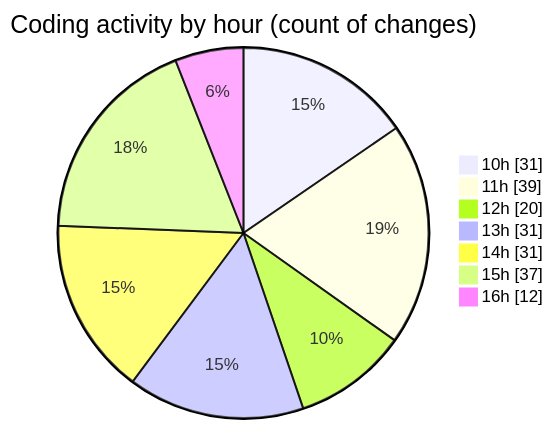
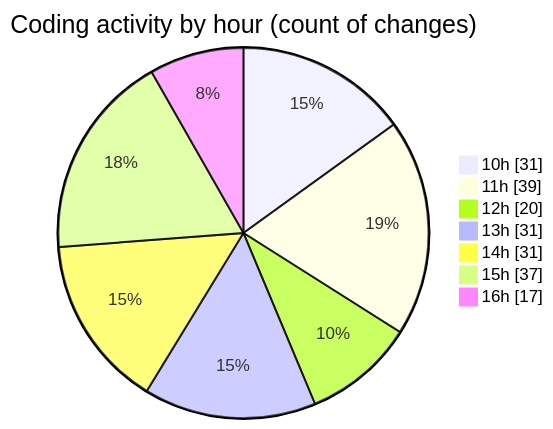
Before and after one commit to momahboobian/code-tracking: the second of 2 diagrams in 2026-03-25/cda/README.md, drawn with Mermaid. The commit also changed other lines of this file and 1 other file, not shown here.

````diff
--- a/2026-03-25/cda/README.md
+++ b/2026-03-25/cda/README.md
@@ -34,11 +34,11 @@
 ```mermaid
 pie showData
 title Coding activity by hour (count of changes)
 "10h" : 31
 "11h" : 39
 "12h" : 20
 "13h" : 31
 "14h" : 31
 "15h" : 37
-"16h" : 12
+"16h" : 17
 ```
````
